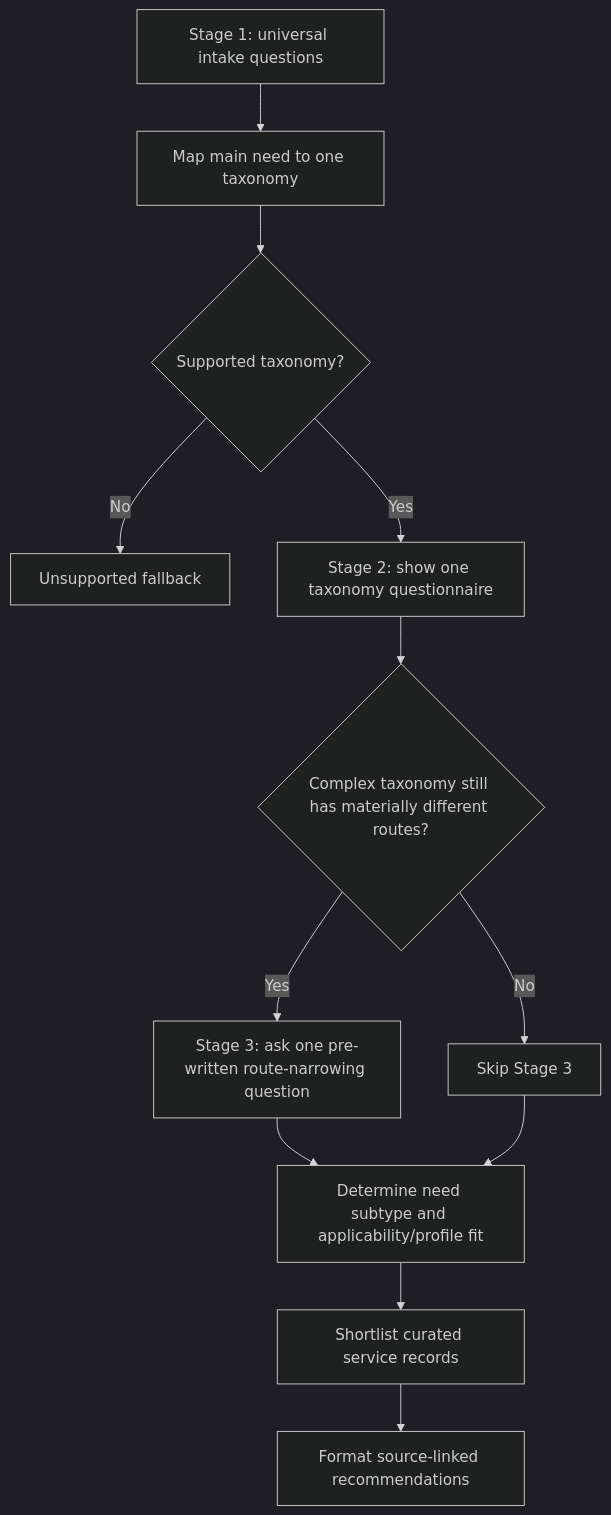
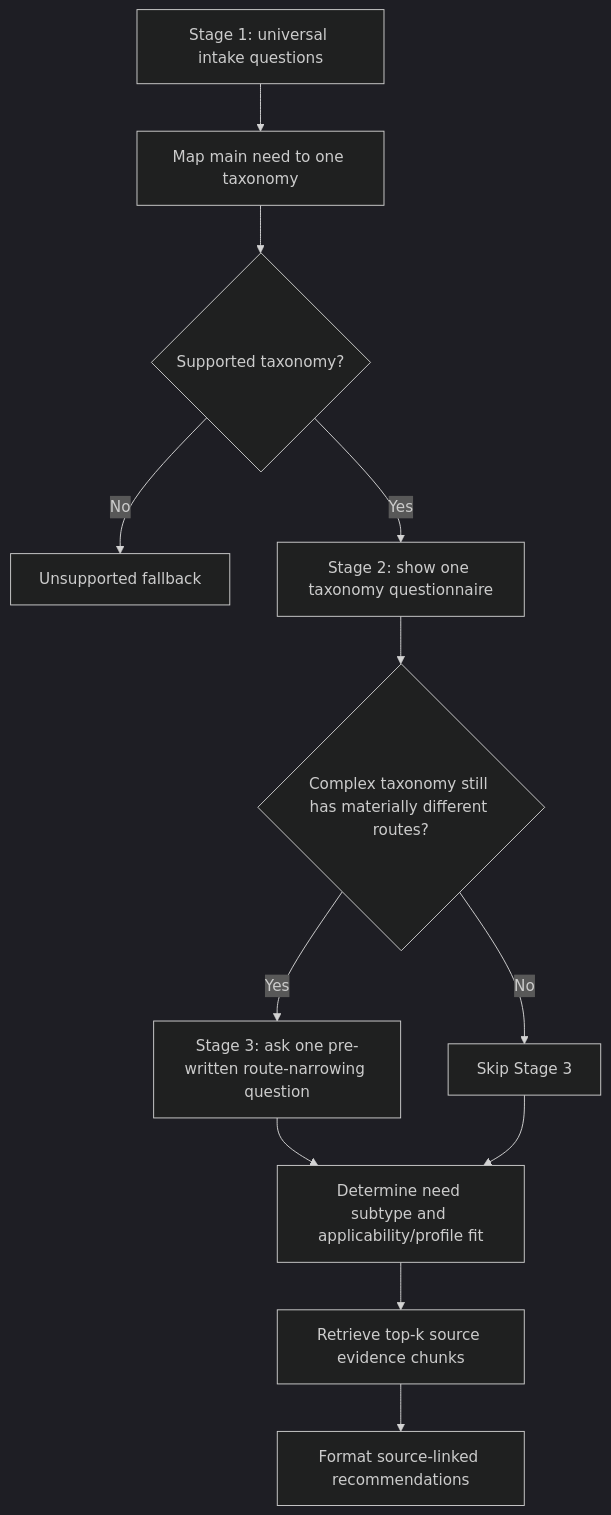
One commit to AbdelazizAhmed314/McGill-Care-Compass changed the second of 4 diagrams in docs/project/User-Journey-and-Prototype-Response-Format.md. Above: the diagram before and after it, drawn with Mermaid (dark theme). The commit also changed other lines of this file, not shown here.

````diff
--- a/docs/project/User-Journey-and-Prototype-Response-Format.md
+++ b/docs/project/User-Journey-and-Prototype-Response-Format.md
@@ -295,14 +283,14 @@
 ```mermaid
 flowchart TD
     A[Stage 1: universal intake questions] --> B[Map main need to one taxonomy]
     B --> C{Supported taxonomy?}
     C -->|No| D[Unsupported fallback]
     C -->|Yes| E[Stage 2: show one taxonomy questionnaire]
     E --> F{Complex taxonomy still has materially different routes?}
     F -->|Yes| G[Stage 3: ask one pre-written route-narrowing question]
     F -->|No| H[Skip Stage 3]
     G --> I[Determine need subtype and applicability/profile fit]
     H --> I
-    I --> J[Shortlist curated service records]
+    I --> J[Retrieve top-k source evidence chunks]
     J --> K[Format source-linked recommendations]
 ```
````
